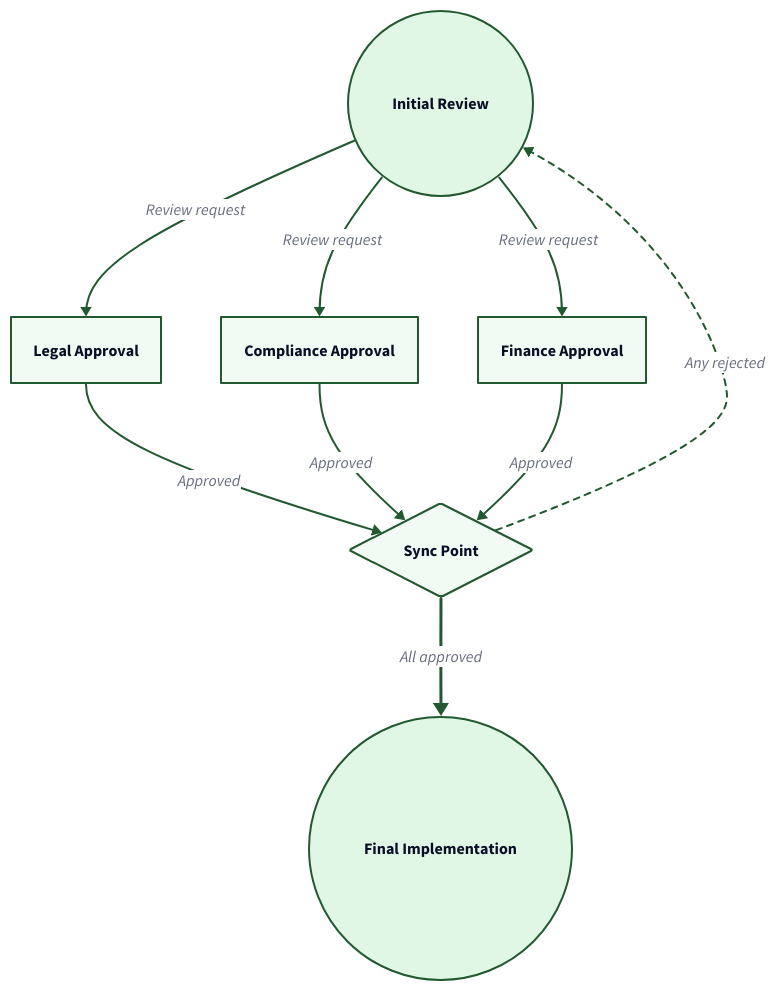
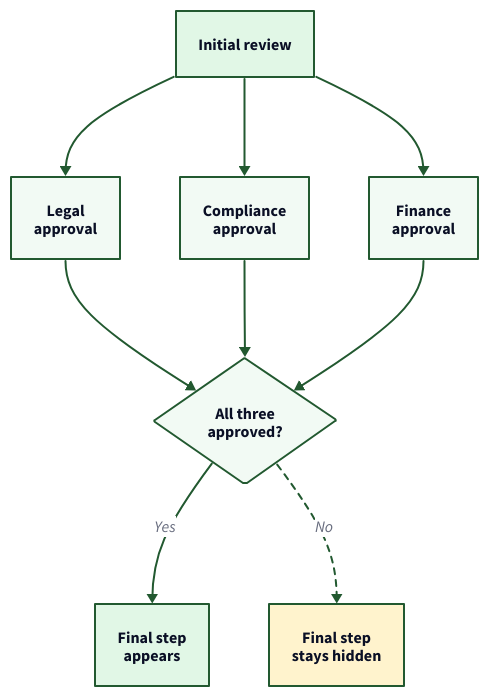
Before and after one commit to tallyfy/documentation: the second of 3 diagrams in src/content/docs/pro/documenting/templates/automations/examples/multi-level-approval-loops.mdx, drawn with D2. The commit also changed other lines of this file and 12 other files, not shown here.

````diff
--- a/src/content/docs/pro/documenting/templates/automations/examples/multi-level-approval-loops.mdx
+++ b/src/content/docs/pro/documenting/templates/automations/examples/multi-level-approval-loops.mdx
@@ -199,80 +189,67 @@
 ```d2
 # Parallel Approval Workflow
 direction: down
 
-# Start
-Initial: Initial Review {
-  shape: circle
+Initial: "Initial review" {
   style.fill: "#e1f7e6"
   style.stroke: "#225930"
 }
 
-# Parallel Approval Steps
-Legal: Legal Approval {
-  shape: rectangle
+Legal: "Legal\napproval" {
   style.fill: "#f2faf4"
   style.stroke: "#225930"
 }
 
-Compliance: Compliance Approval {
-  shape: rectangle
+Compliance: "Compliance\napproval" {
   style.fill: "#f2faf4"
   style.stroke: "#225930"
 }
 
-Finance: Finance Approval {
-  shape: rectangle
+Finance: "Finance\napproval" {
   style.fill: "#f2faf4"
   style.stroke: "#225930"
 }
 
-# Synchronization
-Sync: Sync Point {
+Check: "All three\napproved?" {
   shape: diamond
   style.fill: "#f2faf4"
   style.stroke: "#225930"
 }
 
-# End
-Final: Final Implementation {
-  shape: circle
+Final: "Final step\nappears" {
   style.fill: "#e1f7e6"
+  style.stroke: "#225930"
+}
+
+Hidden: "Final step\nstays hidden" {
+  style.fill: "#fff3cd"
+  style.stroke: "#225930"
+}
+
+Initial -> Legal: {
+  style.stroke: "#225930"
+}
+Initial -> Compliance: {
+  style.stroke: "#225930"
+}
+Initial -> Finance: {
+  style.stroke: "#225930"
+}
+Legal -> Check: {
+  style.stroke: "#225930"
+}
+Compliance -> Check: {
+  style.stroke: "#225930"
+}
+Finance -> Check: {
+  style.stroke: "#225930"
+}
+Check -> Final: "Yes" {
   style.stroke: "#225930"
   style.stroke-width: 2
 }
-
-# Parallel triggers
-Initial -> Legal: Review request {
-  style.stroke: "#225930"
-}
-Initial -> Compliance: Review request {
-  style.stroke: "#225930"
-}
-Initial -> Finance: Review request {
-  style.stroke: "#225930"
-}
-
-# All approvals converge
-Legal -> Sync: Approved {
-  style.stroke: "#225930"
-  style.stroke-width: 2
-}
-Compliance -> Sync: Approved {
-  style.stroke: "#225930"
-  style.stroke-width: 2
-}
-Finance -> Sync: Approved {
-  style.stroke: "#225930"
-  style.stroke-width: 2
-}
-
-# Continue or restart
-Sync -> Final: All approved {
-  style.stroke: "#225930"
-  style.stroke-width: 3
-}
-Sync -> Initial: Any rejected {
+Check -> Hidden: "No" {
   style.stroke: "#225930"
   style.stroke-dash: 3
 }
 ```
````
